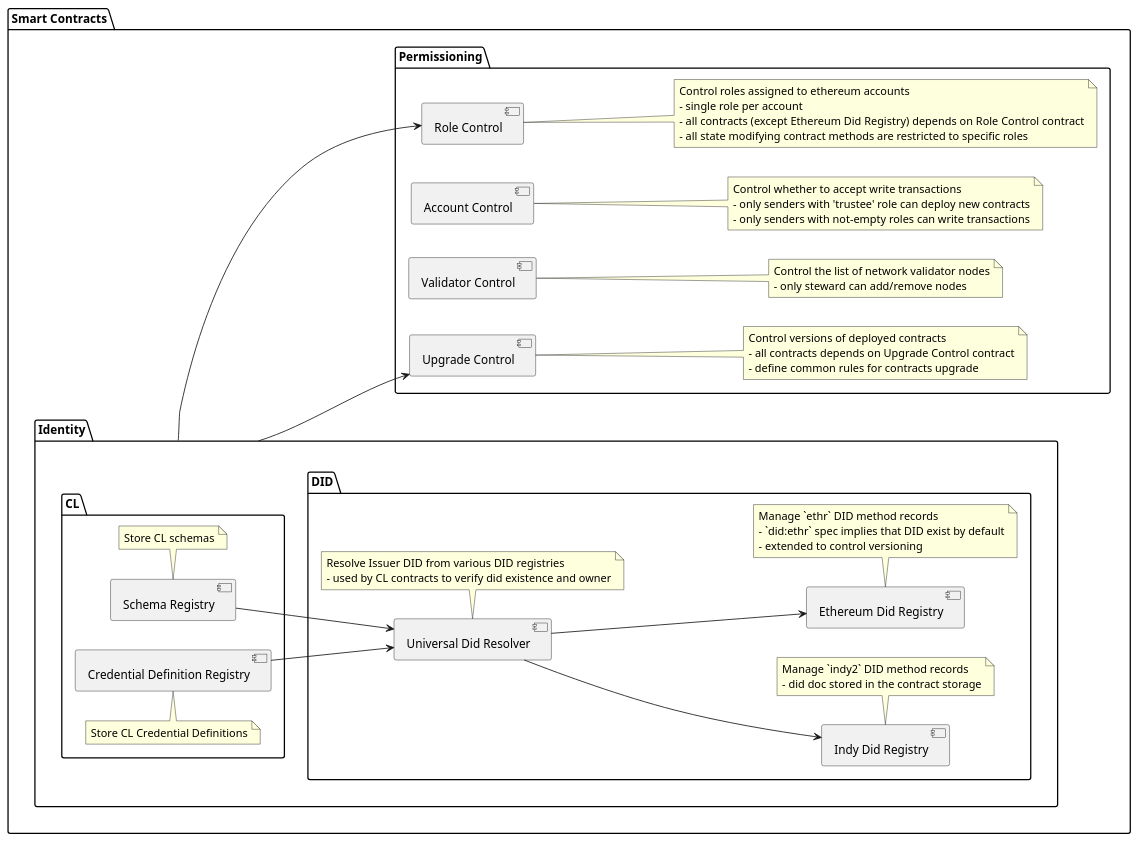
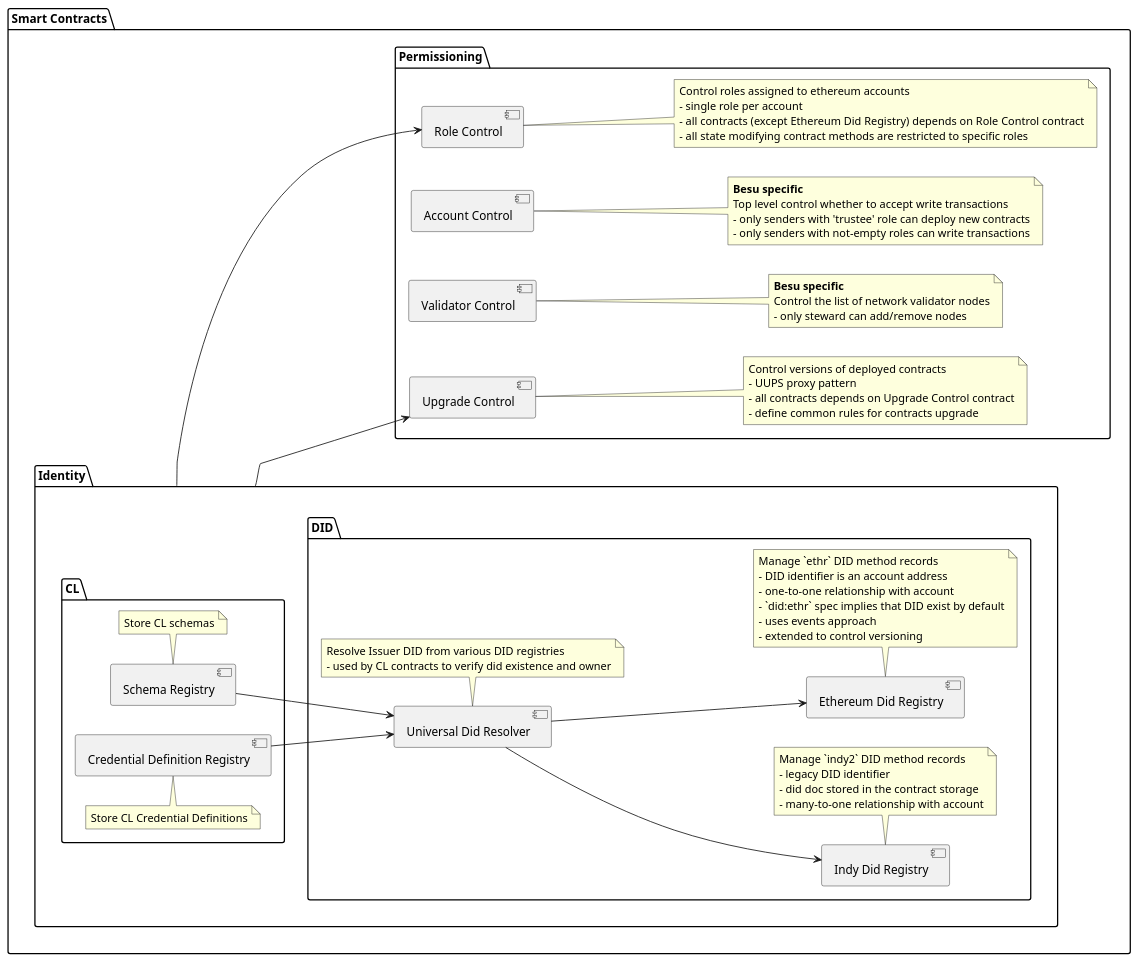
One commit to hyperledger/indy-besu changed the diagram in indy-besu/docs/design/contracts.puml. Above: the diagram before and after it, drawn with PlantUML. The commit also changed 6 other files, not shown here.

Commit message:
Added flow diagram

```diff
--- a/indy-besu/docs/design/contracts.puml
+++ b/indy-besu/docs/design/contracts.puml
@@ -1,86 +1,92 @@
 @startuml
-
-
 
 left to right direction
 
 package "Smart Contracts" {
 
     package "Permissioning" {
 
         component [Role Control]
         note right of [Role Control]
           Control roles assigned to ethereum accounts
           - single role per account
           - all contracts (except Ethereum Did Registry) depends on Role Control contract
           - all state modifying contract methods are restricted to specific roles
         end note
 
         component [Account Control]
         note right of [Account Control]
-          Control whether to accept write transactions
+          **Besu specific**
+          Top level control whether to accept write transactions
           - only senders with 'trustee' role can deploy new contracts
           - only senders with not-empty roles can write transactions
         end note
 
         component [Validator Control]
         note right of [Validator Control]
+          **Besu specific**
           Control the list of network validator nodes
           - only steward can add/remove nodes
         end note
 
         component [Upgrade Control]
         note right of [Upgrade Control]
           Control versions of deployed contracts
+          - UUPS proxy pattern
           - all contracts depends on Upgrade Control contract
           - define common rules for contracts upgrade
         end note
     }
 
     package "Identity" {
 
        package "DID" {
 
             component [Indy Did Registry]
             note bottom of [Indy Did Registry]
               Manage `indy2` DID method records
+              - legacy DID identifier
               - did doc stored in the contract storage
+              - many-to-one relationship with account
             end note
 
             component [Ethereum Did Registry]
             note bottom of [Ethereum Did Registry]
               Manage `ethr` DID method records
+              - DID identifier is an account address
+              - one-to-one relationship with account
               - `did:ethr` spec implies that DID exist by default
+              - uses events approach
               - extended to control versioning
             end note
 
             component [Universal Did Resolver]
             note bottom of [Universal Did Resolver]
               Resolve Issuer DID from various DID registries
               - used by CL contracts to verify did existence and owner
             end note
         }
 
         package "CL" {
 
             component [Schema Registry]
             note bottom of [Schema Registry]
               Store CL schemas
             end note
 
             component [Credential Definition Registry]
             note top of [Credential Definition Registry]
               Store CL Credential Definitions
             end note
         }
     }
 
     [Identity] --> [Role Control]
     [Identity] --> [Upgrade Control]
     [Universal Did Resolver] --> [Indy Did Registry]
     [Universal Did Resolver] --> [Ethereum Did Registry]
     [Schema Registry] --> [Universal Did Resolver]
     [Credential Definition Registry] --> [Universal Did Resolver]
 }
 
 @enduml
```
